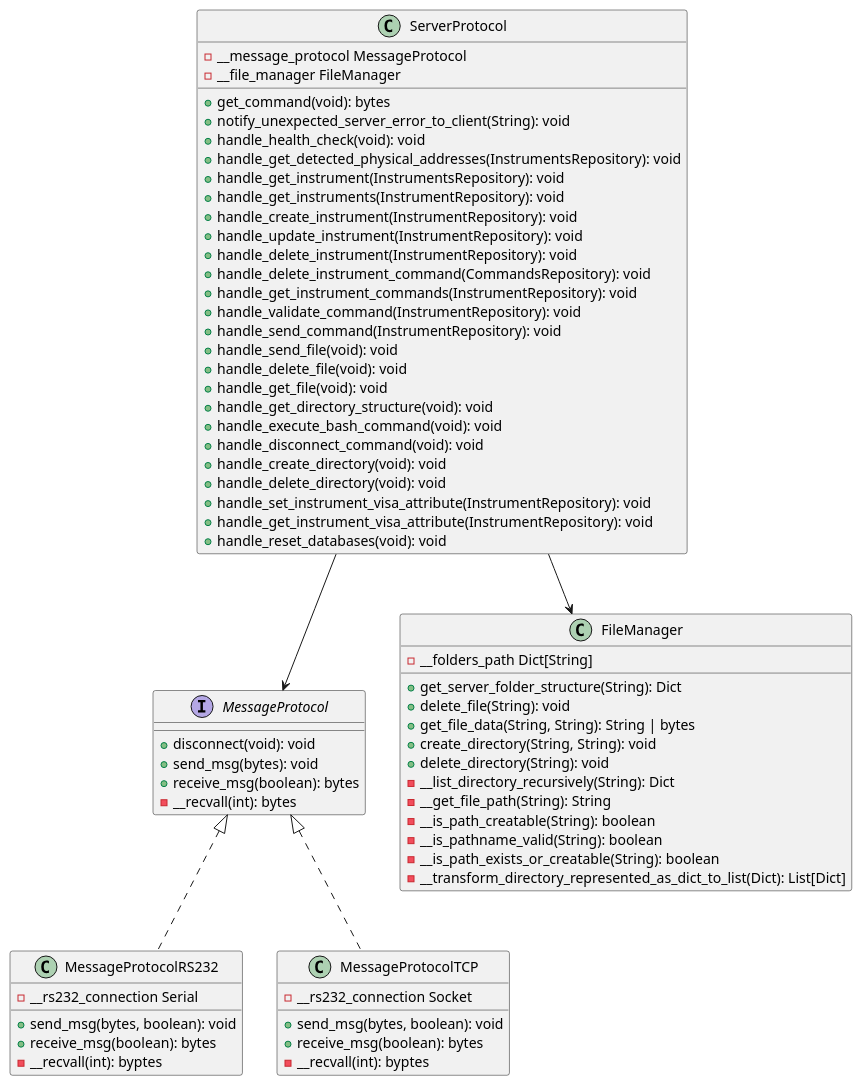
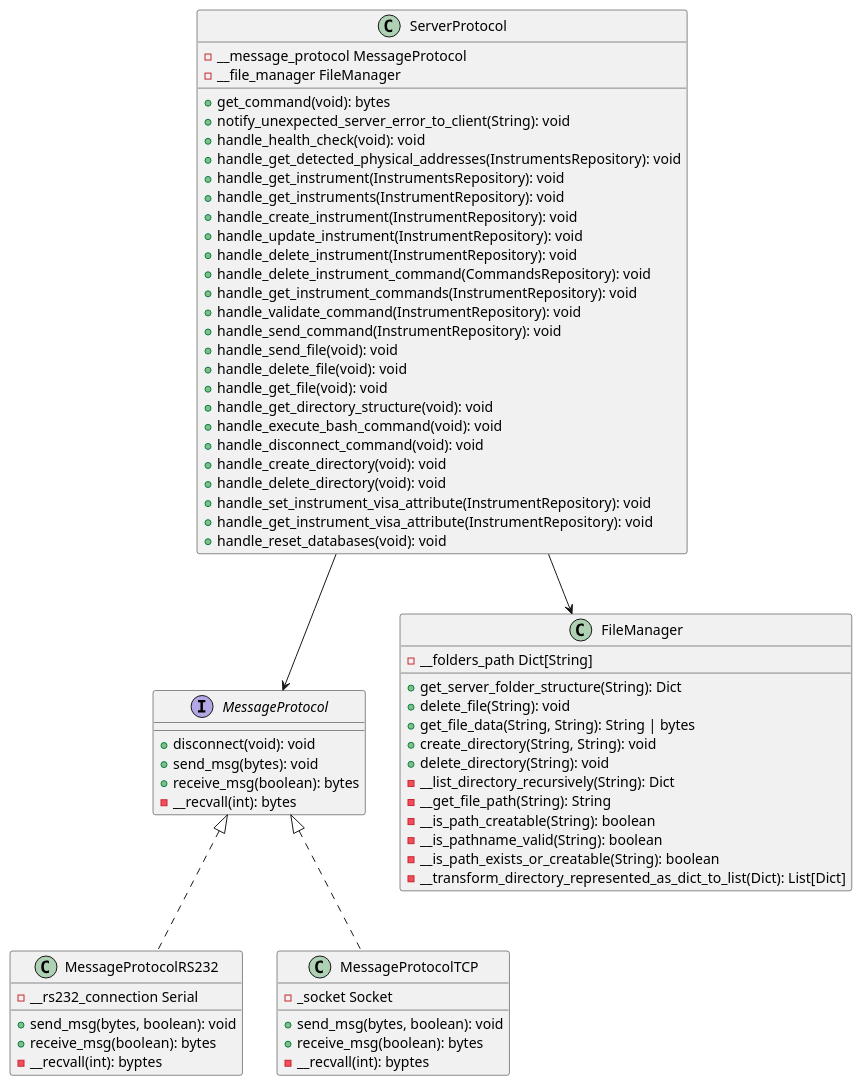
The diagram in docs/diagrams/class_diagram_protocol.puml (open-lisa/Open-LISA-Server), drawn with PlantUML before and after one commit. The commit also changed 2 other files, not shown here.

Commit message:
diagram class wip

```diff
--- a/docs/diagrams/class_diagram_protocol.puml
+++ b/docs/diagrams/class_diagram_protocol.puml
@@ -1,79 +1,79 @@
 @startuml
 interface MessageProtocol {
 
 
   + disconnect(void): void
   + send_msg(bytes): void
   + receive_msg(boolean): bytes
   - __recvall(int): bytes
 }
 
 class MessageProtocolRS232 {
   - __rs232_connection Serial
 
   + send_msg(bytes, boolean): void
   + receive_msg(boolean): bytes
   - __recvall(int): byptes
 }
 
 class MessageProtocolTCP {
-  - __rs232_connection Socket
+  - _socket Socket
 
   + send_msg(bytes, boolean): void
   + receive_msg(boolean): bytes
   - __recvall(int): byptes
 }
 
 class ServerProtocol {
   - __message_protocol MessageProtocol
   - __file_manager FileManager
 
   + get_command(void): bytes
   + notify_unexpected_server_error_to_client(String): void
   + handle_health_check(void): void
   + handle_get_detected_physical_addresses(InstrumentsRepository): void
   + handle_get_instrument(InstrumentsRepository): void
   + handle_get_instruments(InstrumentRepository): void
   + handle_create_instrument(InstrumentRepository): void
   + handle_update_instrument(InstrumentRepository): void
   + handle_delete_instrument(InstrumentRepository): void
   + handle_delete_instrument_command(CommandsRepository): void
   + handle_get_instrument_commands(InstrumentRepository): void
   + handle_validate_command(InstrumentRepository): void
   + handle_send_command(InstrumentRepository): void
   + handle_send_file(void): void
   + handle_delete_file(void): void
   + handle_get_file(void): void
   + handle_get_directory_structure(void): void
   + handle_execute_bash_command(void): void
   + handle_disconnect_command(void): void
   + handle_create_directory(void): void
   + handle_delete_directory(void): void
   + handle_set_instrument_visa_attribute(InstrumentRepository): void
   + handle_get_instrument_visa_attribute(InstrumentRepository): void
   + handle_reset_databases(void): void
 }
 
 class FileManager {
   - __folders_path Dict[String]
 
 
   + get_server_folder_structure(String): Dict
   + delete_file(String): void
   + get_file_data(String, String): String | bytes
   + create_directory(String, String): void
   + delete_directory(String): void
   - __list_directory_recursively(String): Dict
   - __get_file_path(String): String
   - __is_path_creatable(String): boolean
   - __is_pathname_valid(String): boolean
   - __is_path_exists_or_creatable(String): boolean
   - __transform_directory_represented_as_dict_to_list(Dict): List[Dict]
 
 }
 
 class MessageProtocolRS232 implements MessageProtocol
 class MessageProtocolTCP implements MessageProtocol
 ServerProtocol --> MessageProtocol
 ServerProtocol --> FileManager
 @enduml
```
